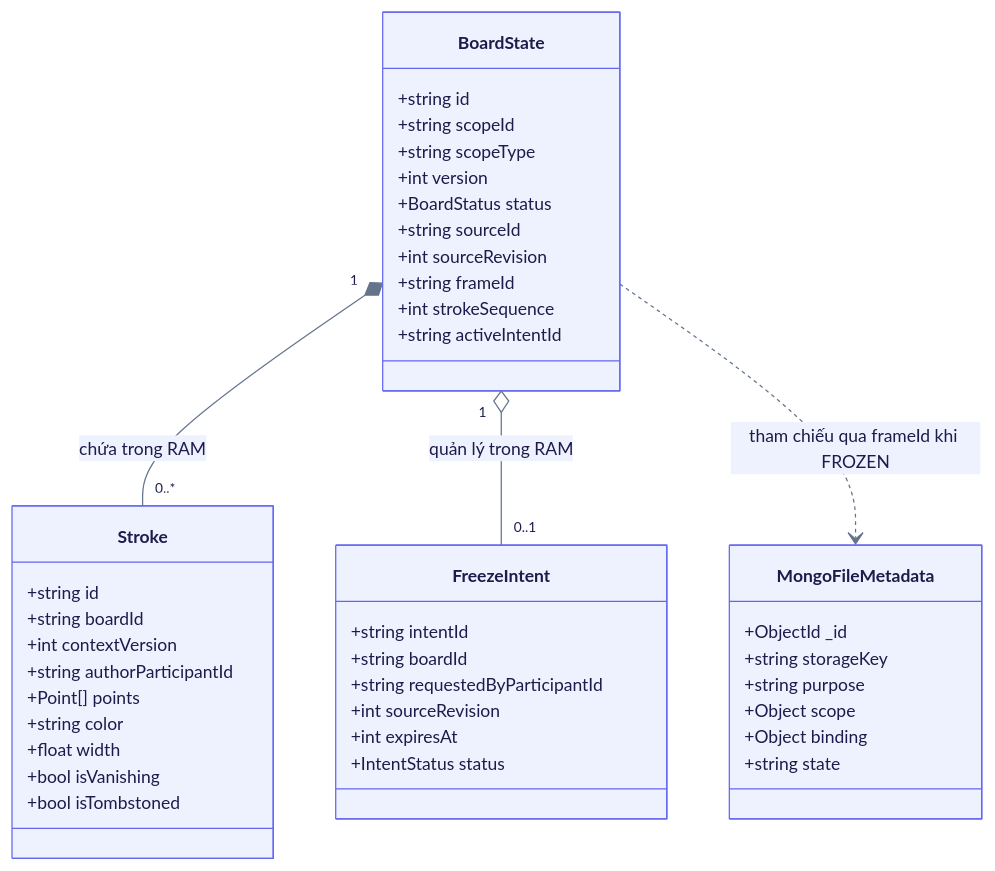
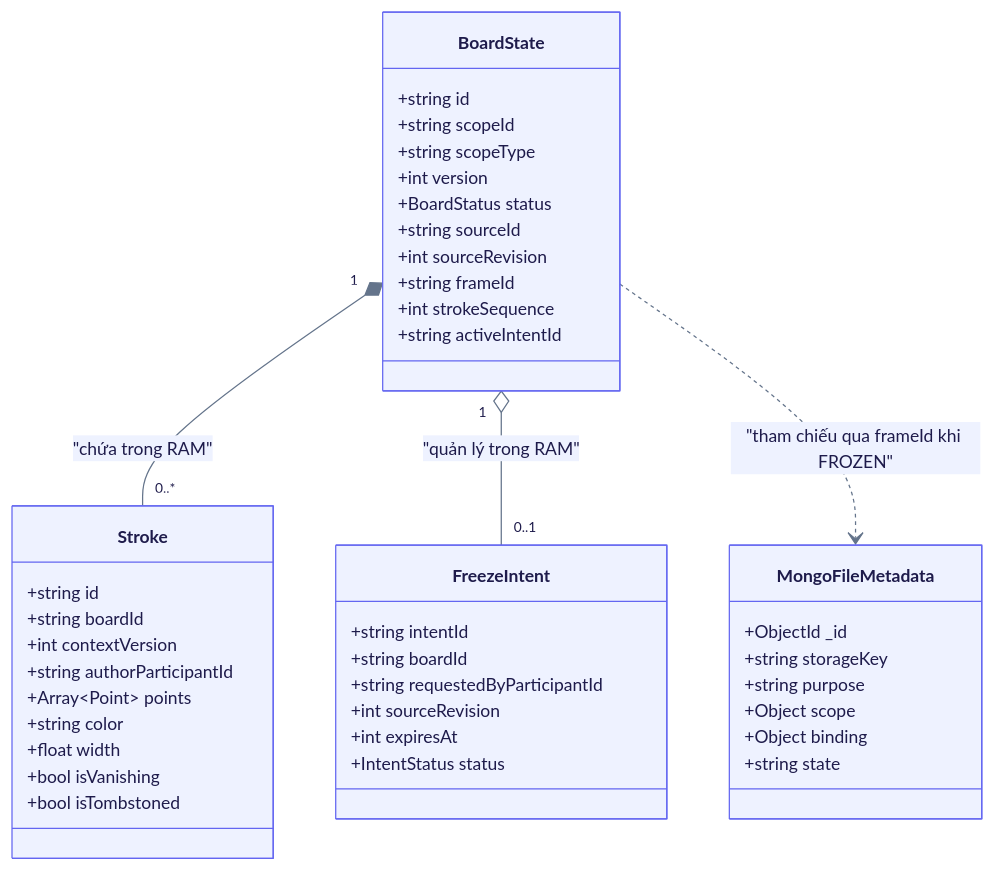
One commit to Lightning1507/CoLearnia changed the second of 5 diagrams in docs/proposals/m5-board.md. Above: the diagram before and after it, drawn with Mermaid. The commit also changed other lines of this file, not shown here.

Commit message:
docs(board): fix mermaid diagram syntax for github rendering

````diff
--- a/docs/proposals/m5-board.md
+++ b/docs/proposals/m5-board.md
@@ -300,50 +300,50 @@
 ```mermaid
 %%{init: {"theme":"base","themeVariables":{"fontFamily":"Inter, Helvetica, Arial","fontSize":"14px","primaryColor":"#EEF2FF","primaryBorderColor":"#6366F1","primaryTextColor":"#1E1B4B","lineColor":"#64748B","clusterBkg":"#F8FAFC","clusterBorder":"#CBD5E1"},"classDiagram":{"htmlLabels":true}}}%%
 classDiagram
   class BoardState {
     +string id
     +string scopeId
     +string scopeType
     +int version
     +BoardStatus status
     +string sourceId
     +int sourceRevision
     +string frameId
     +int strokeSequence
     +string activeIntentId
   }
 
   class Stroke {
     +string id
     +string boardId
     +int contextVersion
     +string authorParticipantId
-    +Point[] points
+    +Array~Point~ points
     +string color
     +float width
     +bool isVanishing
     +bool isTombstoned
   }
 
   class FreezeIntent {
     +string intentId
     +string boardId
     +string requestedByParticipantId
     +int sourceRevision
     +int expiresAt
     +IntentStatus status
   }
 
   class MongoFileMetadata {
     +ObjectId _id
     +string storageKey
     +string purpose
     +Object scope
     +Object binding
     +string state
   }
 
-  BoardState "1" *-- "0..*" Stroke : chứa trong RAM
-  BoardState "1" o-- "0..1" FreezeIntent : quản lý trong RAM
-  BoardState ..> MongoFileMetadata : tham chiếu qua frameId khi FROZEN
+  BoardState "1" *-- "0..*" Stroke : "chứa trong RAM"
+  BoardState "1" o-- "0..1" FreezeIntent : "quản lý trong RAM"
+  BoardState ..> MongoFileMetadata : "tham chiếu qua frameId khi FROZEN"
 ```
````
